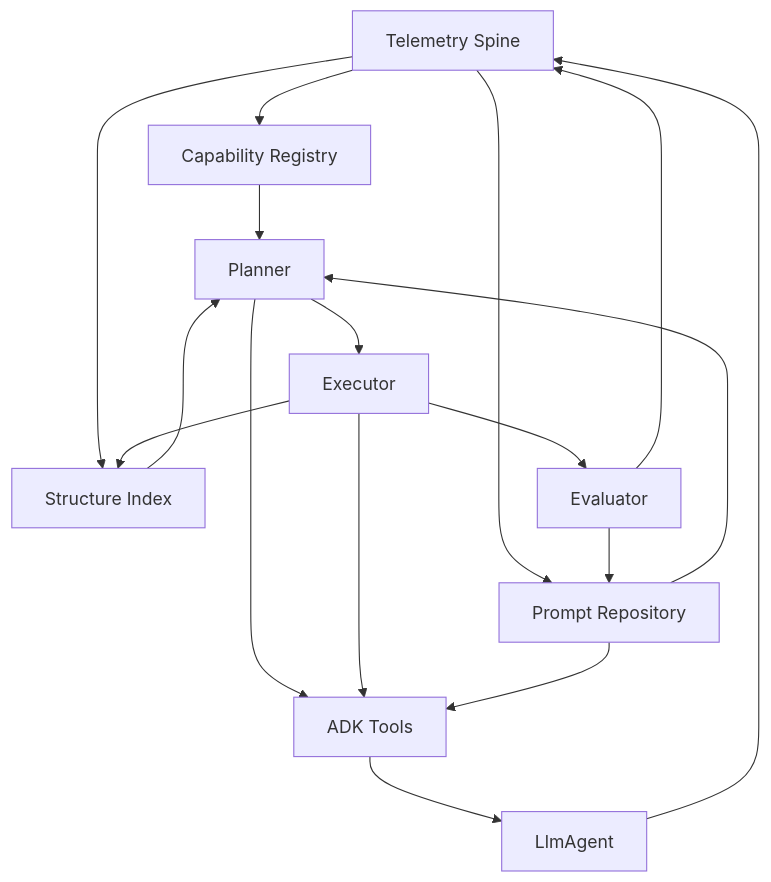
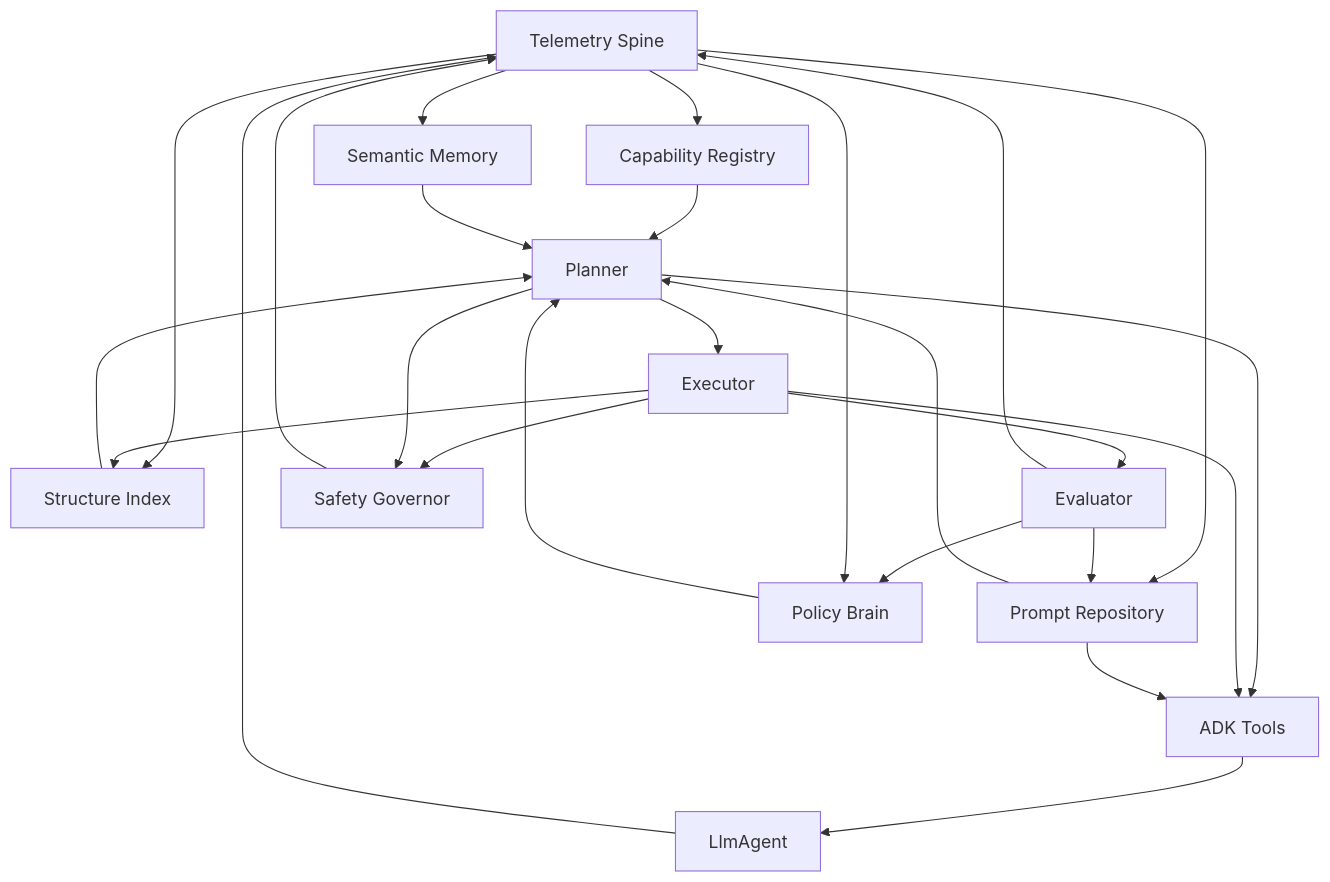
One commit to Mineric/canister changed the diagram in docs/self_evolution_architecture.md. Above: the diagram before and after it, drawn with Mermaid.

Commit message:
Added HLD: mermaid syntax fix & expand the size

````diff
--- a/docs/self_evolution_architecture.md
+++ b/docs/self_evolution_architecture.md
@@ -7,32 +7,45 @@
 ```mermaid
 flowchart TD
     telemetry[Telemetry Spine]
     structure[Structure Index]
     prompts[Prompt Repository]
     capabilities[Capability Registry]
+    semantic[Semantic Memory]
     planner[Planner]
     executor[Executor]
     evaluator[Evaluator]
+    policy[Policy Brain]
+    safety[Safety Governor]
     tools[ADK Tools]
     agent[LlmAgent]
 
     telemetry --> capabilities
     telemetry --> structure
     telemetry --> prompts
+    telemetry --> semantic
 
     capabilities --> planner
     structure --> planner
     prompts --> planner
+    semantic --> planner
 
     planner --> executor
     executor --> evaluator
     evaluator --> telemetry
     executor --> structure
     evaluator --> prompts
 
+    evaluator --> policy
+    telemetry --> policy
+    policy --> planner
+
+    executor --> safety
+    planner --> safety
+    safety --> telemetry
+
     planner --> tools
     executor --> tools
     prompts --> tools
     tools --> agent
     agent --> telemetry
 ```
````
